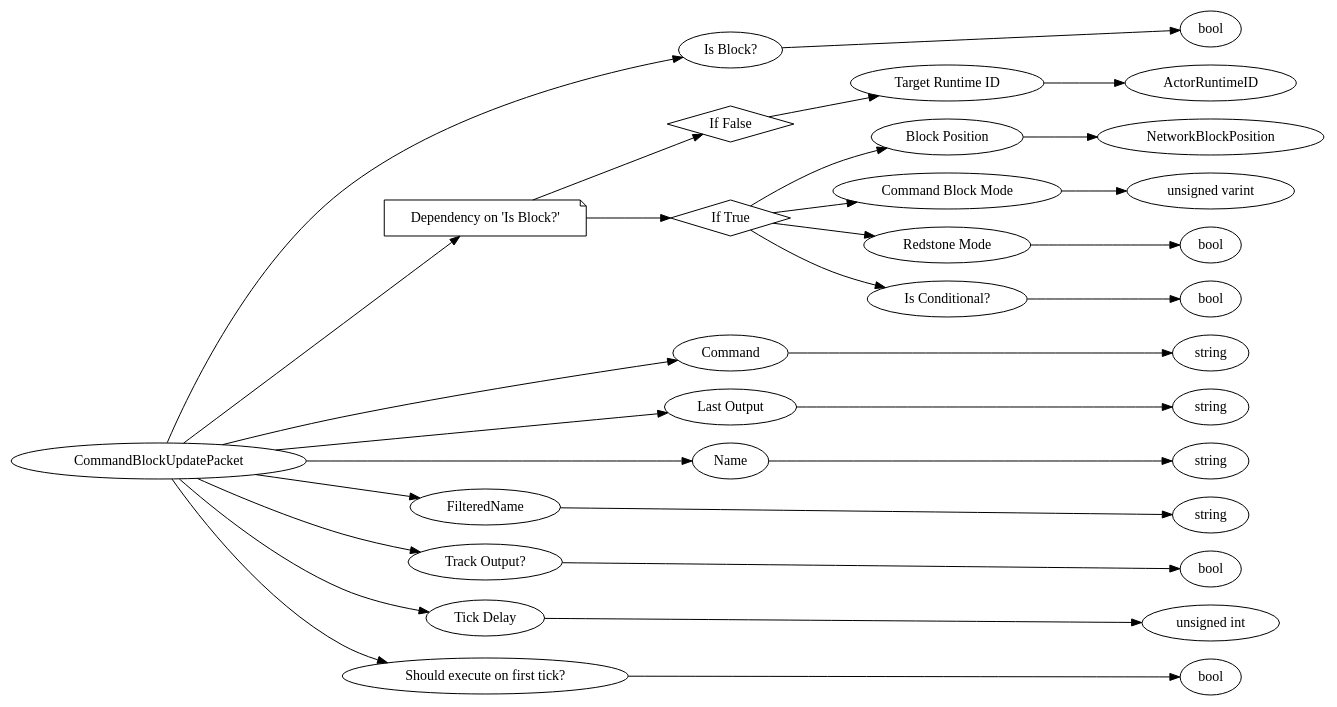
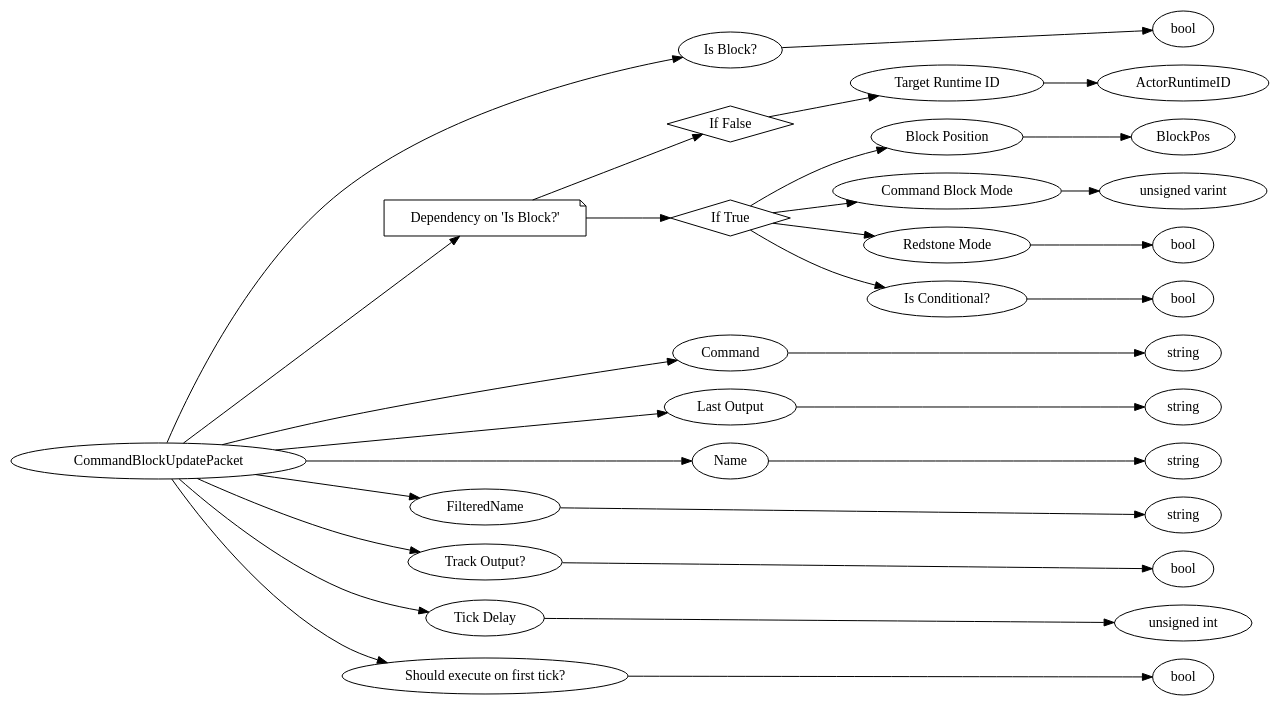
One commit to Mojang/bedrock-protocol-docs changed the diagram in dot/CommandBlockUpdatePacket.dot. Above: the diagram before and after it, drawn with Graphviz. The commit also changed 589 other files, not shown here.

```diff
--- a/dot/CommandBlockUpdatePacket.dot
+++ b/dot/CommandBlockUpdatePacket.dot
@@ -1,66 +1,66 @@
 digraph "CommandBlockUpdatePacket" {
 rankdir = LR
 0
 0 -> 1
 1 -> 2
 0 -> 3
 3 -> 4
 4 -> 5
 5 -> 6
 3 -> 7
 7 -> 8
 8 -> 9
 7 -> 10
 10 -> 11
 7 -> 12
 12 -> 13
 7 -> 14
 14 -> 15
 0 -> 16
 16 -> 17
 0 -> 18
 18 -> 19
 0 -> 20
 20 -> 21
 0 -> 22
 22 -> 23
 0 -> 24
 24 -> 25
 0 -> 26
 26 -> 27
 0 -> 28
 28 -> 29
 
 0 [label="CommandBlockUpdatePacket",comment="name: \"CommandBlockUpdatePacket\", typeName: \"\", id: 0, branchId: 78, recurseId: -1, attributes: 0, notes: \"\""];
 1 [label="Is Block?",comment="name: \"Is Block?\", typeName: \"\", id: 1, branchId: 0, recurseId: -1, attributes: 0, notes: \"\""];
 2 [label="bool",comment="name: \"bool\", typeName: \"\", id: 2, branchId: 0, recurseId: -1, attributes: 512, notes: \"\""];
 3 [label="Dependency on 'Is Block?'",shape=note,comment="name: \"Dependency on 'Is Block?'\", typeName: \"\", id: 3, branchId: 0, recurseId: -1, attributes: 2, notes: \"\""];
 4 [label="If False",shape=diamond,comment="name: \"If False\", typeName: \"\", id: 4, branchId: 0, recurseId: -1, attributes: 4, notes: \"\""];
 5 [label="Target Runtime ID",comment="name: \"Target Runtime ID\", typeName: \"ActorRuntimeID\", id: 5, branchId: 0, recurseId: -1, attributes: 256, notes: \"\""];
 6 [label="ActorRuntimeID",comment="name: \"ActorRuntimeID\", typeName: \"\", id: 6, branchId: 0, recurseId: -1, attributes: 512, notes: \"\""];
 7 [label="If True",shape=diamond,comment="name: \"If True\", typeName: \"\", id: 7, branchId: 1, recurseId: -1, attributes: 4, notes: \"\""];
-8 [label="Block Position",comment="name: \"Block Position\", typeName: \"NetworkBlockPosition\", id: 8, branchId: 0, recurseId: -1, attributes: 256, notes: \"\""];
-9 [label="NetworkBlockPosition",comment="name: \"NetworkBlockPosition\", typeName: \"\", id: 9, branchId: 0, recurseId: -1, attributes: 512, notes: \"\""];
+8 [label="Block Position",comment="name: \"Block Position\", typeName: \"BlockPos\", id: 8, branchId: 0, recurseId: -1, attributes: 256, notes: \"\""];
+9 [label="BlockPos",comment="name: \"BlockPos\", typeName: \"\", id: 9, branchId: 0, recurseId: -1, attributes: 512, notes: \"\""];
 10 [label="Command Block Mode",comment="name: \"Command Block Mode\", typeName: \"\", id: 10, branchId: 0, recurseId: -1, attributes: 0, notes: \"\""];
 11 [label="unsigned varint",comment="name: \"unsigned varint\", typeName: \"\", id: 11, branchId: 0, recurseId: -1, attributes: 512, notes: \"\""];
 12 [label="Redstone Mode",comment="name: \"Redstone Mode\", typeName: \"\", id: 12, branchId: 0, recurseId: -1, attributes: 0, notes: \"\""];
 13 [label="bool",comment="name: \"bool\", typeName: \"\", id: 13, branchId: 0, recurseId: -1, attributes: 512, notes: \"\""];
 14 [label="Is Conditional?",comment="name: \"Is Conditional?\", typeName: \"\", id: 14, branchId: 0, recurseId: -1, attributes: 0, notes: \"\""];
 15 [label="bool",comment="name: \"bool\", typeName: \"\", id: 15, branchId: 0, recurseId: -1, attributes: 512, notes: \"\""];
 16 [label="Command",comment="name: \"Command\", typeName: \"\", id: 16, branchId: 0, recurseId: -1, attributes: 0, notes: \"\""];
 17 [label="string",comment="name: \"string\", typeName: \"\", id: 17, branchId: 0, recurseId: -1, attributes: 512, notes: \"\""];
 18 [label="Last Output",comment="name: \"Last Output\", typeName: \"\", id: 18, branchId: 0, recurseId: -1, attributes: 0, notes: \"\""];
 19 [label="string",comment="name: \"string\", typeName: \"\", id: 19, branchId: 0, recurseId: -1, attributes: 512, notes: \"\""];
 20 [label="Name",comment="name: \"Name\", typeName: \"\", id: 20, branchId: 0, recurseId: -1, attributes: 0, notes: \"\""];
 21 [label="string",comment="name: \"string\", typeName: \"\", id: 21, branchId: 0, recurseId: -1, attributes: 512, notes: \"\""];
 22 [label="FilteredName",comment="name: \"FilteredName\", typeName: \"\", id: 22, branchId: 0, recurseId: -1, attributes: 0, notes: \"\""];
 23 [label="string",comment="name: \"string\", typeName: \"\", id: 23, branchId: 0, recurseId: -1, attributes: 512, notes: \"\""];
 24 [label="Track Output?",comment="name: \"Track Output?\", typeName: \"\", id: 24, branchId: 0, recurseId: -1, attributes: 0, notes: \"\""];
 25 [label="bool",comment="name: \"bool\", typeName: \"\", id: 25, branchId: 0, recurseId: -1, attributes: 512, notes: \"\""];
 26 [label="Tick Delay",comment="name: \"Tick Delay\", typeName: \"\", id: 26, branchId: 0, recurseId: -1, attributes: 0, notes: \"\""];
 27 [label="unsigned int",comment="name: \"unsigned int\", typeName: \"\", id: 27, branchId: 0, recurseId: -1, attributes: 512, notes: \"\""];
 28 [label="Should execute on first tick?",comment="name: \"Should execute on first tick?\", typeName: \"\", id: 28, branchId: 0, recurseId: -1, attributes: 0, notes: \"If a delay is set on a repeating command block, should the command execute on first tick, or on first delay?\""];
 29 [label="bool",comment="name: \"bool\", typeName: \"\", id: 29, branchId: 0, recurseId: -1, attributes: 512, notes: \"\""];
 { rank = max;2;6;9;11;13;15;17;19;21;23;25;27;29}
 
 }
```
